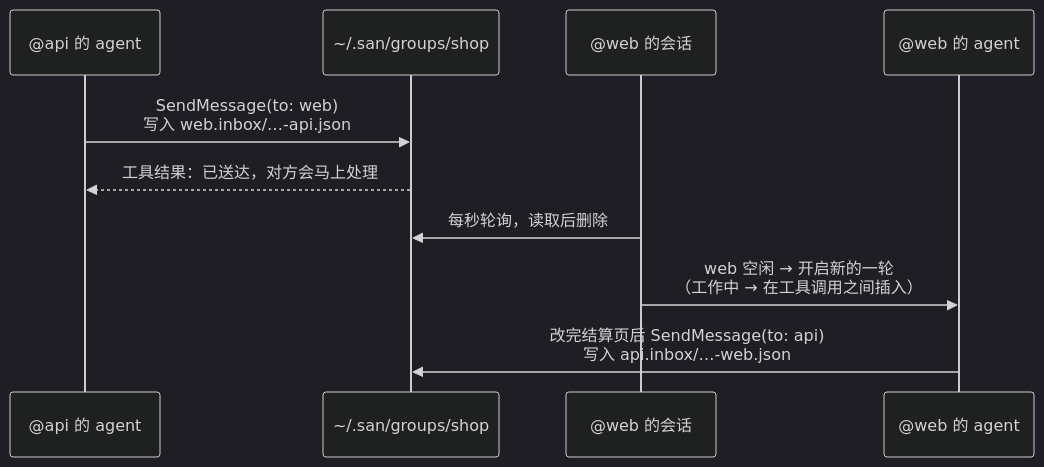
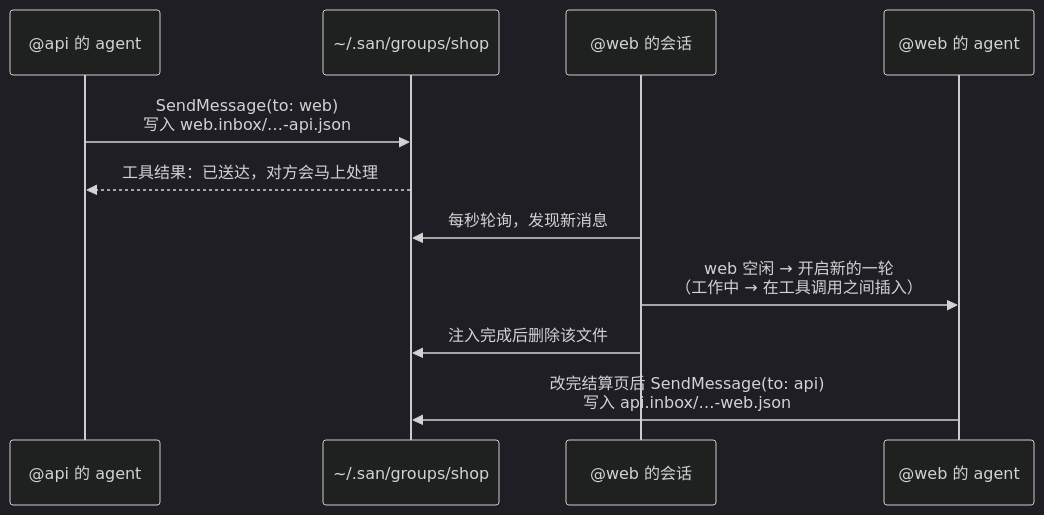
The first of 5 diagrams in docs/design/proposals/0003-session-groups.zh.md (genai-io/san), drawn with Mermaid (dark theme) before and after one commit. The commit also changed other lines of this file and 1 other file, not shown here.

````diff
--- a/docs/design/proposals/0003-session-groups.zh.md
+++ b/docs/design/proposals/0003-session-groups.zh.md
@@ -117,12 +119,13 @@
 ```mermaid
 sequenceDiagram
     participant A as @api 的 agent
     participant FS as ~/.san/groups/shop
     participant W as @web 的会话
     participant WA as @web 的 agent
     A->>FS: SendMessage(to: web)<br/>写入 web.inbox/…-api.json
     FS-->>A: 工具结果：已送达，对方会马上处理
-    W->>FS: 每秒轮询，读取后删除
+    W->>FS: 每秒轮询，发现新消息
     W->>WA: web 空闲 → 开启新的一轮<br/>（工作中 → 在工具调用之间插入）
+    W->>FS: 注入完成后删除该文件
     WA->>FS: 改完结算页后 SendMessage(to: api)<br/>写入 api.inbox/…-web.json
 ```
````
